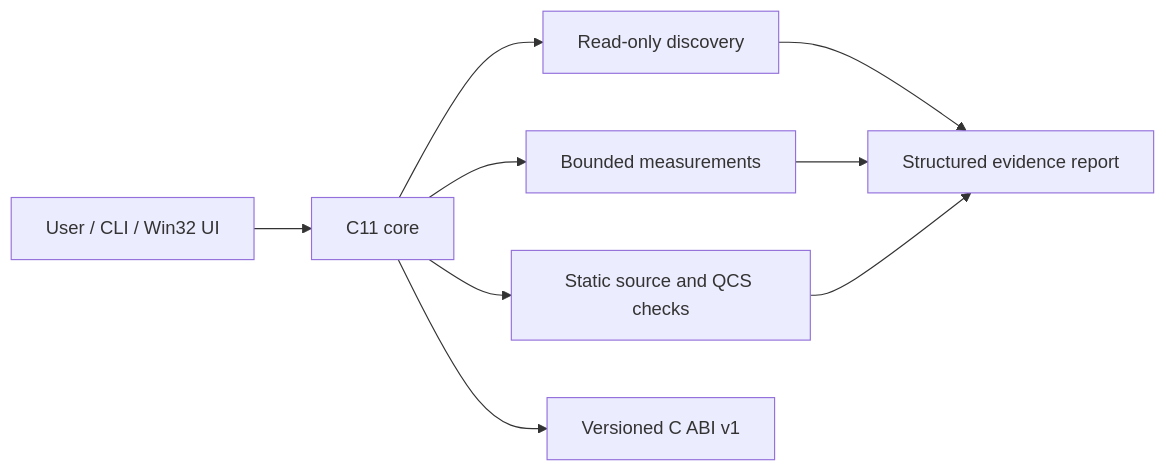
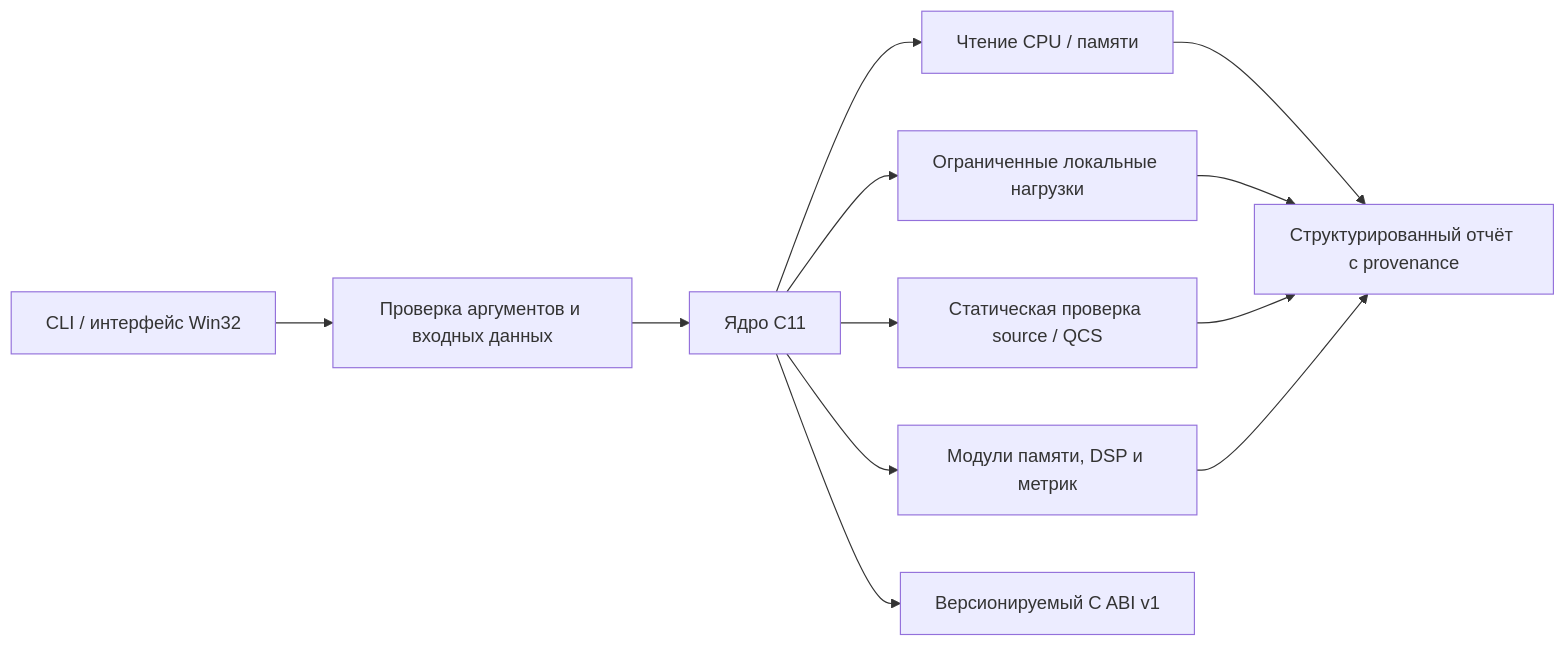
The diagram in README.ru.md (Ivan-VHS/Pytyliki), drawn with Mermaid before and after one commit. The commit also changed other lines of this file, not shown here.

```diff
--- a/README.ru.md
+++ b/README.ru.md
@@ -32,11 +40,14 @@
 ~~~mermaid
 flowchart LR
-  U["User / CLI / Win32 UI"] --> C["C11 core"]
-  C --> D["Read-only discovery"]
-  C --> B["Bounded measurements"]
-  C --> S["Static source and QCS checks"]
-  D --> R["Structured evidence report"]
+  U["CLI / интерфейс Win32"] --> V["Проверка аргументов и входных данных"]
+  V --> C["Ядро C11"]
+  C --> D["Чтение CPU / памяти"]
+  C --> B["Ограниченные локальные нагрузки"]
+  C --> S["Статическая проверка source / QCS"]
+  C --> M["Модули памяти, DSP и метрик"]
+  D --> R["Структурированный отчёт с provenance"]
   B --> R
   S --> R
-  C --> A["Versioned C ABI v1"]
+  M --> R
+  C --> A["Версионируемый C ABI v1"]
 ~~~
```
